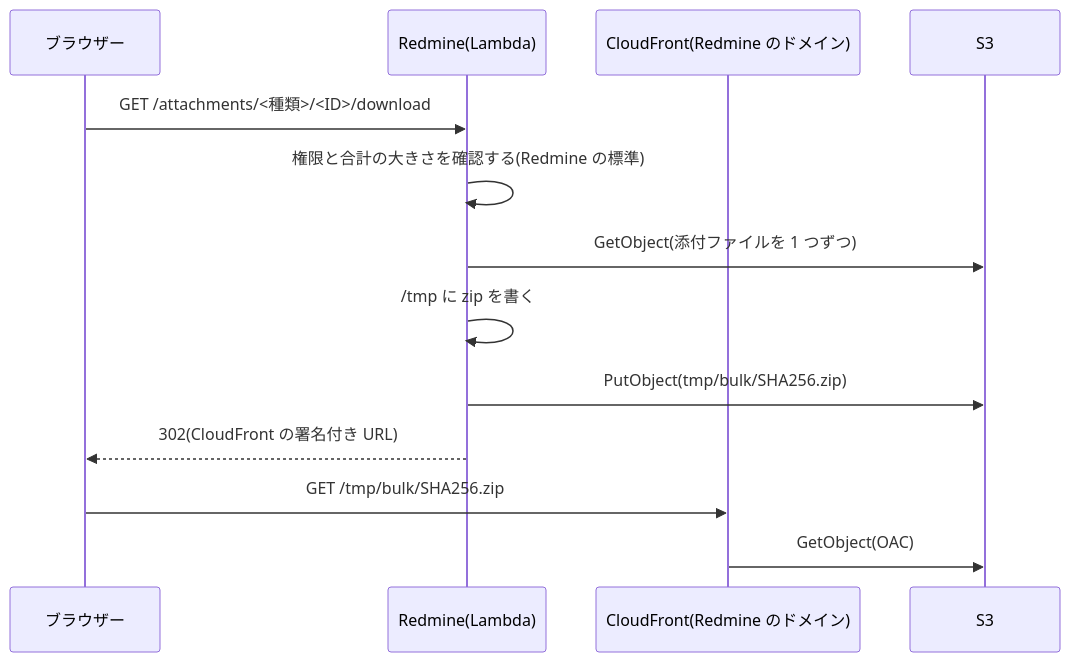
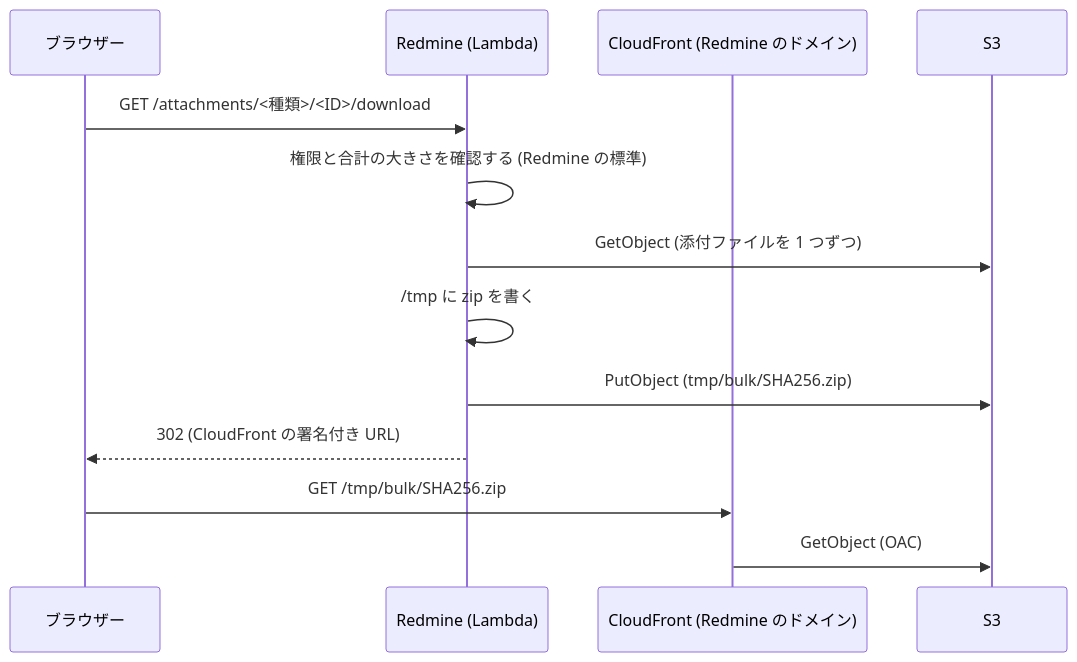
Before and after one commit to redmine-kit/redmine_aws_s3: the third of 4 diagrams in docs/ja/attachments.md, drawn with Mermaid. The commit also changed other lines of this file and 5 other files, not shown here.

````diff
--- a/docs/ja/attachments.md
+++ b/docs/ja/attachments.md
@@ -221,15 +221,15 @@
 ```mermaid
 sequenceDiagram
   participant B as ブラウザー
-  participant R as Redmine(Lambda)
-  participant C as CloudFront(Redmine のドメイン)
+  participant R as Redmine (Lambda)
+  participant C as CloudFront (Redmine のドメイン)
   participant S as S3
   B->>R: GET /attachments/<種類>/<ID>/download
-  R->>R: 権限と合計の大きさを確認する(Redmine の標準)
-  R->>S: GetObject(添付ファイルを 1 つずつ)
+  R->>R: 権限と合計の大きさを確認する (Redmine の標準)
+  R->>S: GetObject (添付ファイルを 1 つずつ)
   R->>R: /tmp に zip を書く
-  R->>S: PutObject(tmp/bulk/SHA256.zip)
-  R-->>B: 302(CloudFront の署名付き URL)
+  R->>S: PutObject (tmp/bulk/SHA256.zip)
+  R-->>B: 302 (CloudFront の署名付き URL)
   B->>C: GET /tmp/bulk/SHA256.zip
-  C->>S: GetObject(OAC)
+  C->>S: GetObject (OAC)
 ```
````
